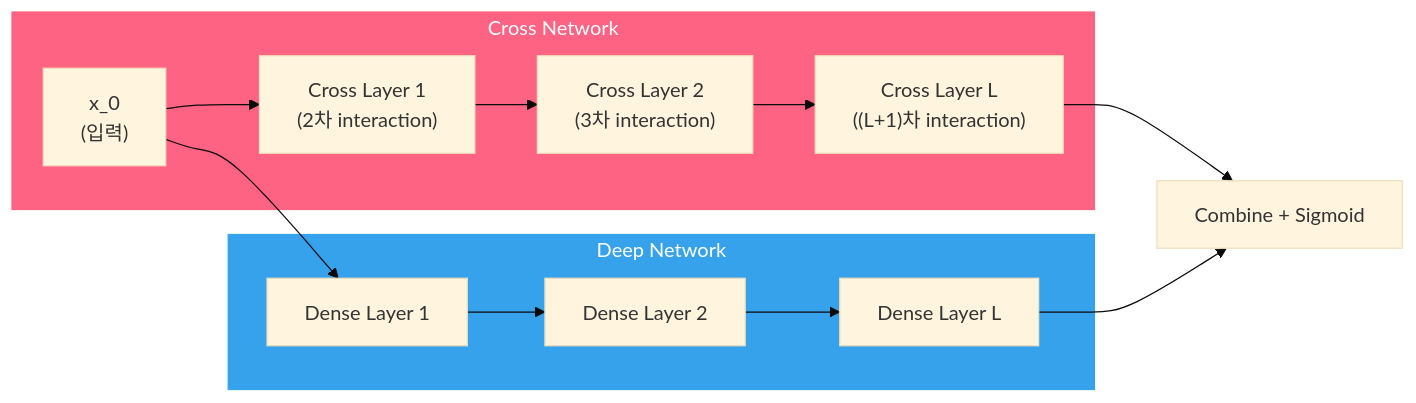
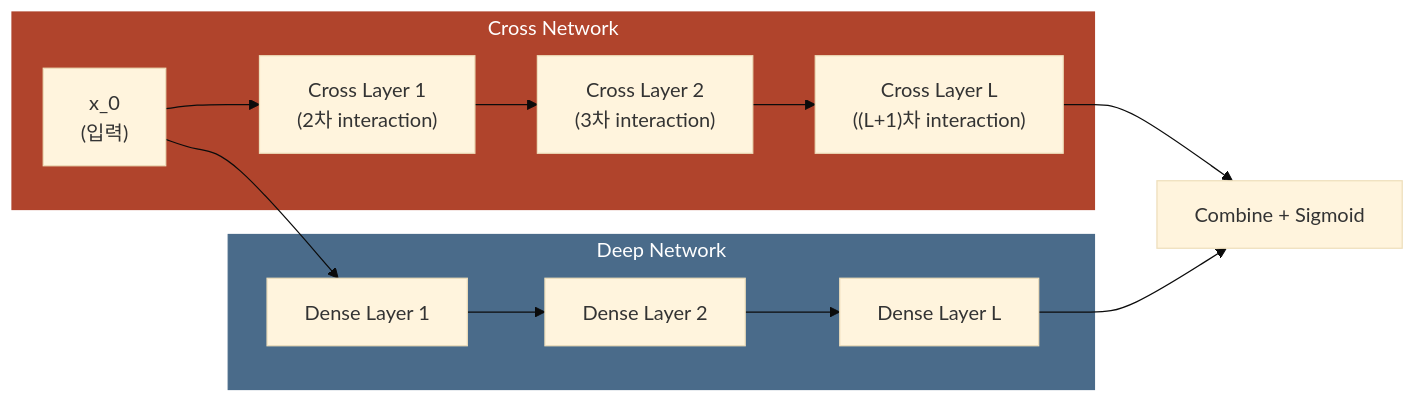
One commit to chkimsu/adtech-blog changed the third of 5 diagrams in posts/deep-ctr-models.md. Above: the diagram before and after it, drawn with Mermaid (base theme). The commit also changed other lines of this file and 40 other files, not shown here.

````diff
--- a/posts/deep-ctr-models.md
+++ b/posts/deep-ctr-models.md
@@ -531,28 +531,28 @@
 ```mermaid
 graph LR
     subgraph CrossNetwork["Cross Network"]
         X0["x_0<br/>(입력)"]
         CL1["Cross Layer 1<br/>(2차 interaction)"]
         CL2["Cross Layer 2<br/>(3차 interaction)"]
         CL3["Cross Layer L<br/>((L+1)차 interaction)"]
     end
 
     subgraph DeepNetwork["Deep Network"]
         D1["Dense Layer 1"]
         D2["Dense Layer 2"]
         D3["Dense Layer L"]
     end
 
     X0 --> CL1
     CL1 --> CL2
     CL2 --> CL3
     X0 --> D1
     D1 --> D2
     D2 --> D3
 
     CL3 --> OUT["Combine + Sigmoid"]
     D3 --> OUT
 
-    style CrossNetwork fill:#ff6384,stroke:#ff6384,color:#fff
-    style DeepNetwork fill:#36a2eb,stroke:#36a2eb,color:#fff
+    style CrossNetwork fill:#b0442c,stroke:#b0442c,color:#fff
+    style DeepNetwork fill:#4a6b8a,stroke:#4a6b8a,color:#fff
 ```
````
